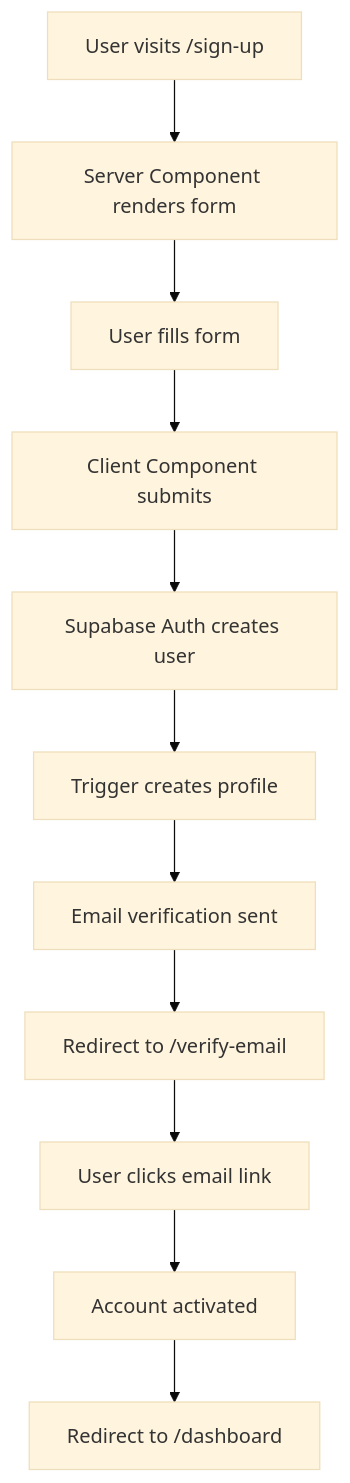
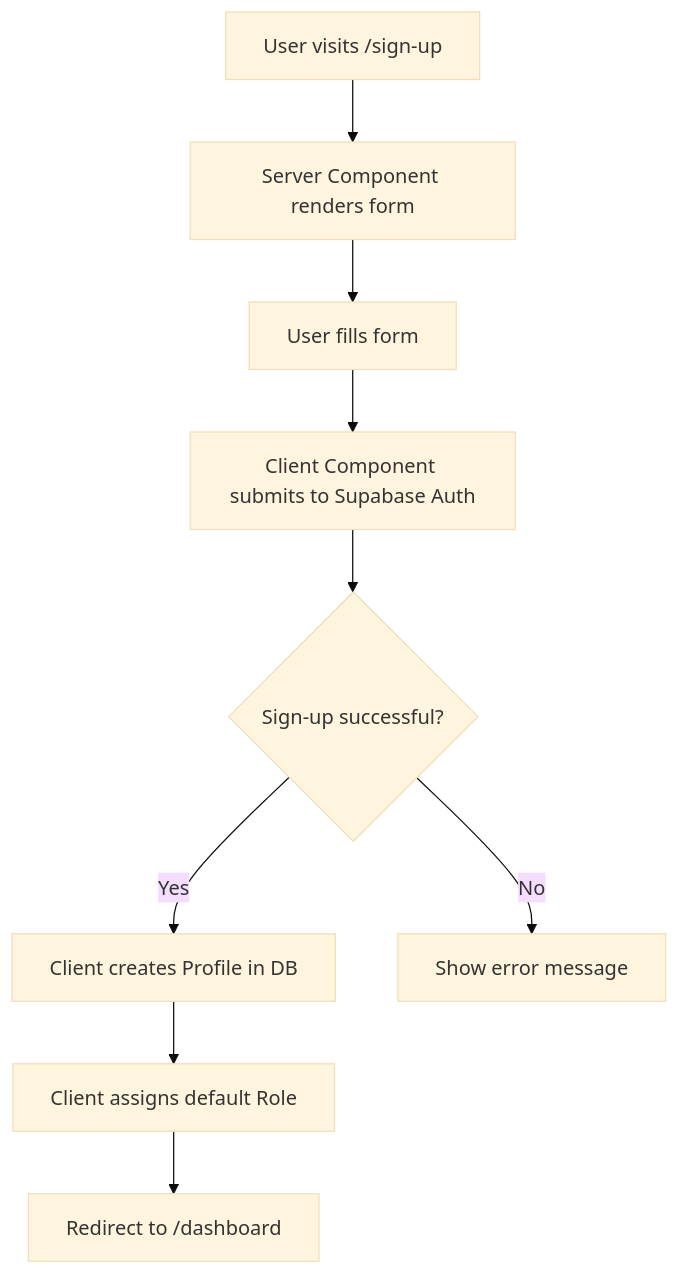
Before and after one commit to jahzlariosa/nextjs: the first of 4 diagrams in docs/architecture/AUTHENTICATION_WORKFLOW.md, drawn with Mermaid (base theme). The commit also changed other lines of this file and 10 other files, not shown here.

Commit message:
feat: implement roles and client-side profile creation

````diff
--- a/docs/architecture/AUTHENTICATION_WORKFLOW.md
+++ b/docs/architecture/AUTHENTICATION_WORKFLOW.md
@@ -107,13 +123,11 @@
 ```mermaid
 graph TD
     A[User visits /sign-up] --> B[Server Component renders form]
     B --> C[User fills form]
-    C --> D[Client Component submits]
-    D --> E[Supabase Auth creates user]
-    E --> F[Trigger creates profile]
-    F --> G[Email verification sent]
-    G --> H[Redirect to /verify-email]
-    H --> I[User clicks email link]
-    I --> J[Account activated]
-    J --> K[Redirect to /dashboard]
+    C --> D[Client Component submits to Supabase Auth]
+    D --> E{Sign-up successful?}
+    E -->|Yes| F[Client creates Profile in DB]
+    F --> G[Client assigns default Role]
+    G --> H[Redirect to /dashboard]
+    E -->|No| I[Show error message]
 ```
````
